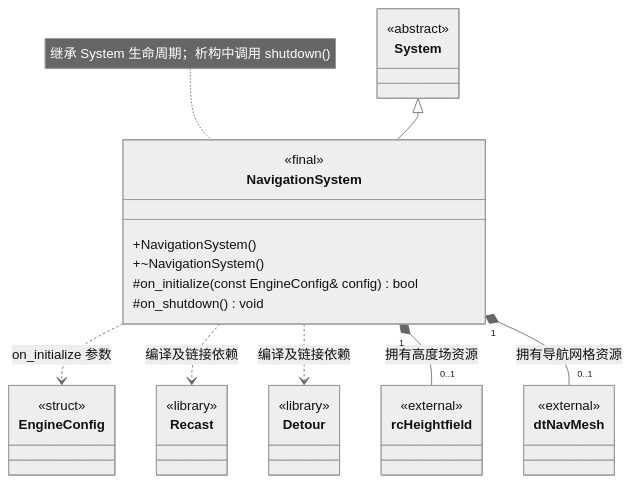
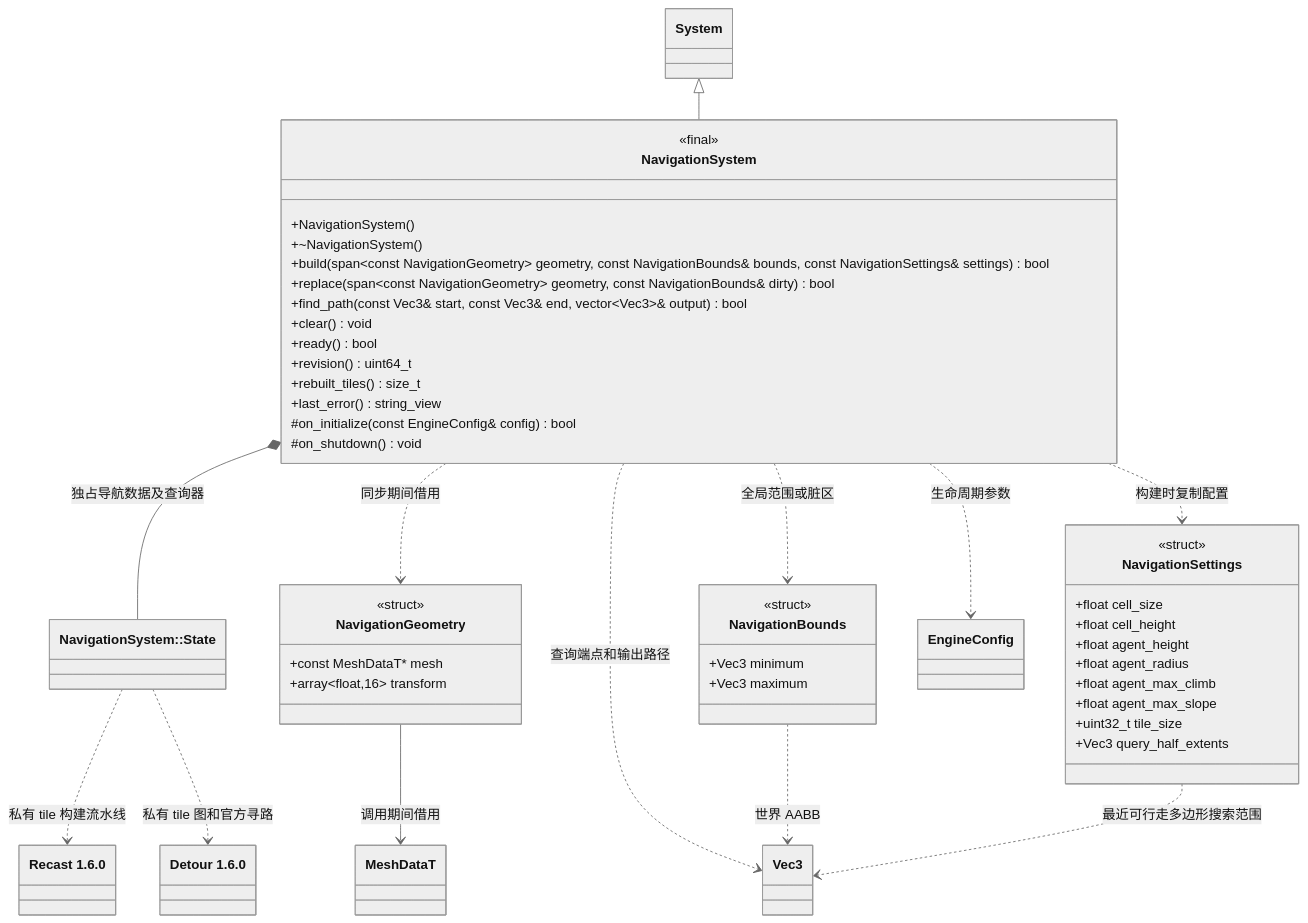
One commit to lcals/Engine changed the diagram in docs/runtime/class-diagrams/navigation-system.md. Above: the diagram before and after it, drawn with Mermaid (neutral theme). The commit also changed other lines of this file and 109 other files, not shown here.

````diff
--- a/docs/runtime/class-diagrams/navigation-system.md
+++ b/docs/runtime/class-diagrams/navigation-system.md
@@ -7,36 +7,58 @@
 ```mermaid
 classDiagram
-    direction TB
     class NavigationSystem {
         <<final>>
         +NavigationSystem()
         +~NavigationSystem()
+        +build(span~const NavigationGeometry~ geometry, const NavigationBounds& bounds, const NavigationSettings& settings) bool
+        +replace(span~const NavigationGeometry~ geometry, const NavigationBounds& dirty) bool
+        +find_path(const Vec3& start, const Vec3& end, vector~Vec3~& output) bool
+        +clear() void
+        +ready() bool
+        +revision() uint64_t
+        +rebuilt_tiles() size_t
+        +last_error() string_view
         #on_initialize(const EngineConfig& config) bool
         #on_shutdown() void
     }
-    class System {
-        <<abstract>>
+    class NavigationGeometry {
+        <<struct>>
+        +const MeshDataT* mesh
+        +array~float,16~ transform
     }
-    class EngineConfig {
+    class NavigationBounds {
         <<struct>>
+        +Vec3 minimum
+        +Vec3 maximum
     }
-    class Recast["Recast"] {
-        <<library>>
+    class NavigationSettings {
+        <<struct>>
+        +float cell_size
+        +float cell_height
+        +float agent_height
+        +float agent_radius
+        +float agent_max_climb
+        +float agent_max_slope
+        +uint32_t tile_size
+        +Vec3 query_half_extents
     }
-    class Detour["Detour"] {
-        <<library>>
-    }
-    class rcHeightfield {
-        <<external>>
-    }
-    class dtNavMesh {
-        <<external>>
-    }
+    class NavigationState["NavigationSystem::State"]
+    class Recast["Recast 1.6.0"]
+    class Detour["Detour 1.6.0"]
+    class System
+    class EngineConfig
+    class MeshDataT
+    class Vec3
     System <|-- NavigationSystem
-    NavigationSystem ..> EngineConfig : on_initialize 参数
-    NavigationSystem ..> Recast : 编译及链接依赖
-    NavigationSystem ..> Detour : 编译及链接依赖
-    NavigationSystem "1" *-- "0..1" rcHeightfield : 拥有高度场资源
-    NavigationSystem "1" *-- "0..1" dtNavMesh : 拥有导航网格资源
-    note for NavigationSystem "继承 System 生命周期；析构中调用 shutdown()"
+    NavigationSystem *-- NavigationState : 独占导航数据及查询器
+    NavigationState ..> Recast : 私有 tile 构建流水线
+    NavigationState ..> Detour : 私有 tile 图和官方寻路
+    NavigationSystem ..> NavigationGeometry : 同步期间借用
+    NavigationSystem ..> NavigationBounds : 全局范围或脏区
+    NavigationSystem ..> NavigationSettings : 构建时复制配置
+    NavigationSystem ..> Vec3 : 查询端点和输出路径
+    NavigationSystem ..> EngineConfig : 生命周期参数
+    NavigationGeometry --> MeshDataT : 调用期间借用
+    NavigationBounds ..> Vec3 : 世界 AABB
+    NavigationSettings ..> Vec3 : 最近可行走多边形搜索范围
 ```
````
